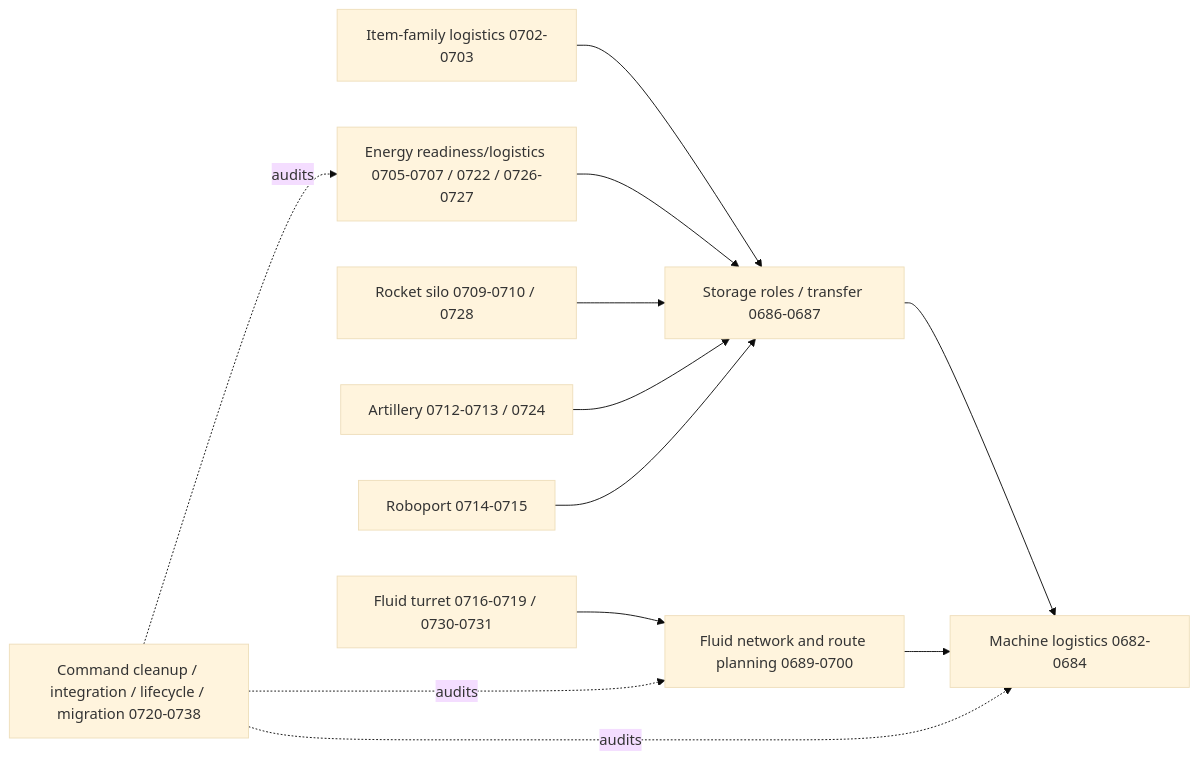
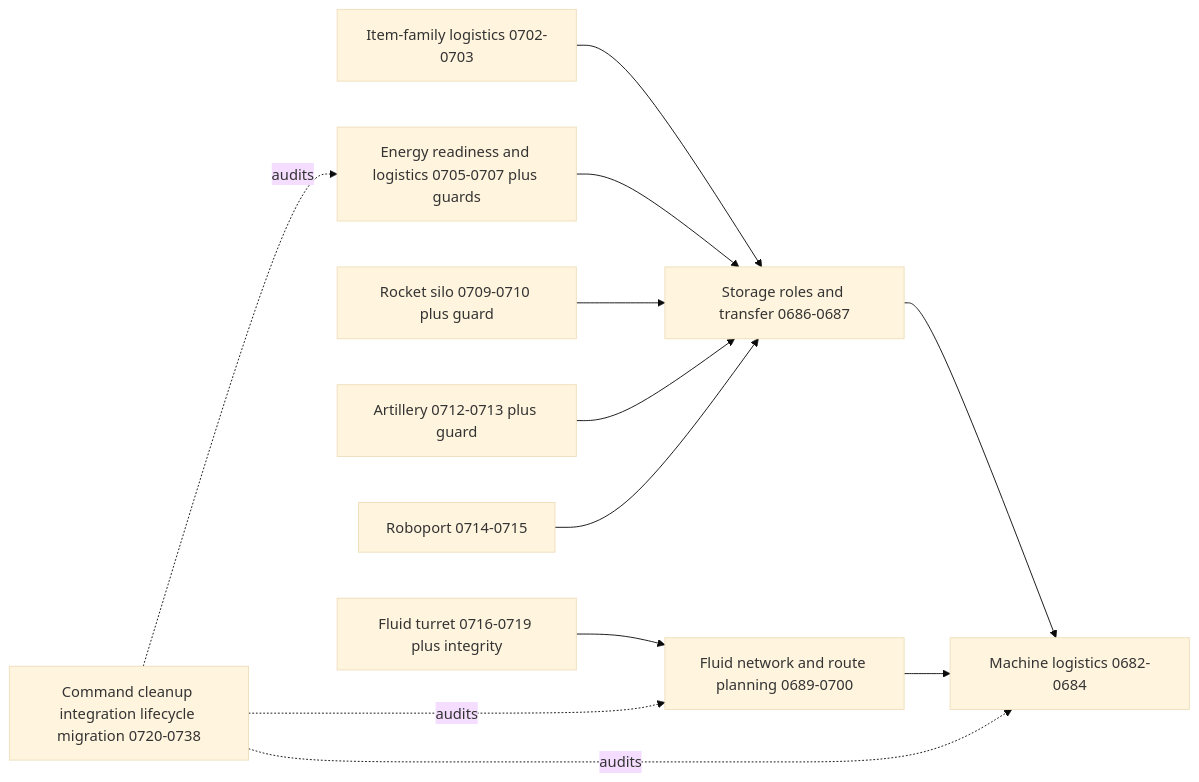
One commit to mrcalzon02/Tech-Priests changed diagram 11 of 14 in docs/RECOVERY_AUTHORITY_MAP_CURRENT.md. Above: the diagram before and after it, drawn with Mermaid (base theme). The commit also changed other lines of this file, not shown here.

````diff
--- a/docs/RECOVERY_AUTHORITY_MAP_CURRENT.md
+++ b/docs/RECOVERY_AUTHORITY_MAP_CURRENT.md
@@ -171,25 +297,25 @@
 ```mermaid
 flowchart LR
     Machine[Machine logistics 0682-0684]
-    Storage[Storage roles / transfer 0686-0687]
+    Storage[Storage roles and transfer 0686-0687]
     Fluid[Fluid network and route planning 0689-0700]
     Item[Item-family logistics 0702-0703]
-    Energy[Energy readiness/logistics 0705-0707 / 0722 / 0726-0727]
-    Silo[Rocket silo 0709-0710 / 0728]
-    Artillery[Artillery 0712-0713 / 0724]
+    Energy[Energy readiness and logistics 0705-0707 plus guards]
+    Silo[Rocket silo 0709-0710 plus guard]
+    Artillery[Artillery 0712-0713 plus guard]
     Roboport[Roboport 0714-0715]
-    Turret[Fluid turret 0716-0719 / 0730-0731]
-    Lifecycle[Command cleanup / integration / lifecycle / migration 0720-0738]
+    Turret[Fluid turret 0716-0719 plus integrity]
+    Lifecycle[Command cleanup integration lifecycle migration 0720-0738]
 
     Storage --> Machine
     Fluid --> Machine
     Item --> Storage
     Energy --> Storage
     Silo --> Storage
     Artillery --> Storage
     Roboport --> Storage
     Turret --> Fluid
     Lifecycle -. audits .-> Machine
     Lifecycle -. audits .-> Fluid
     Lifecycle -. audits .-> Energy
 ```
````
